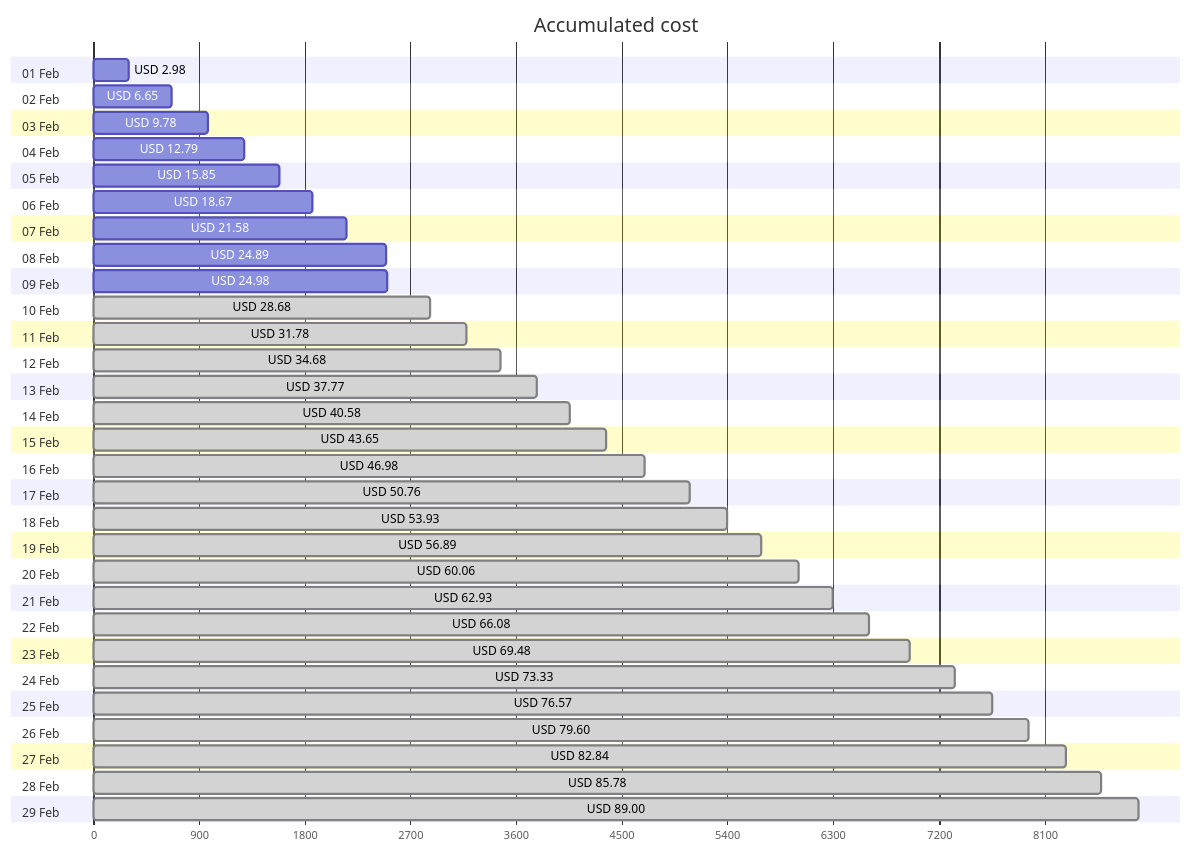
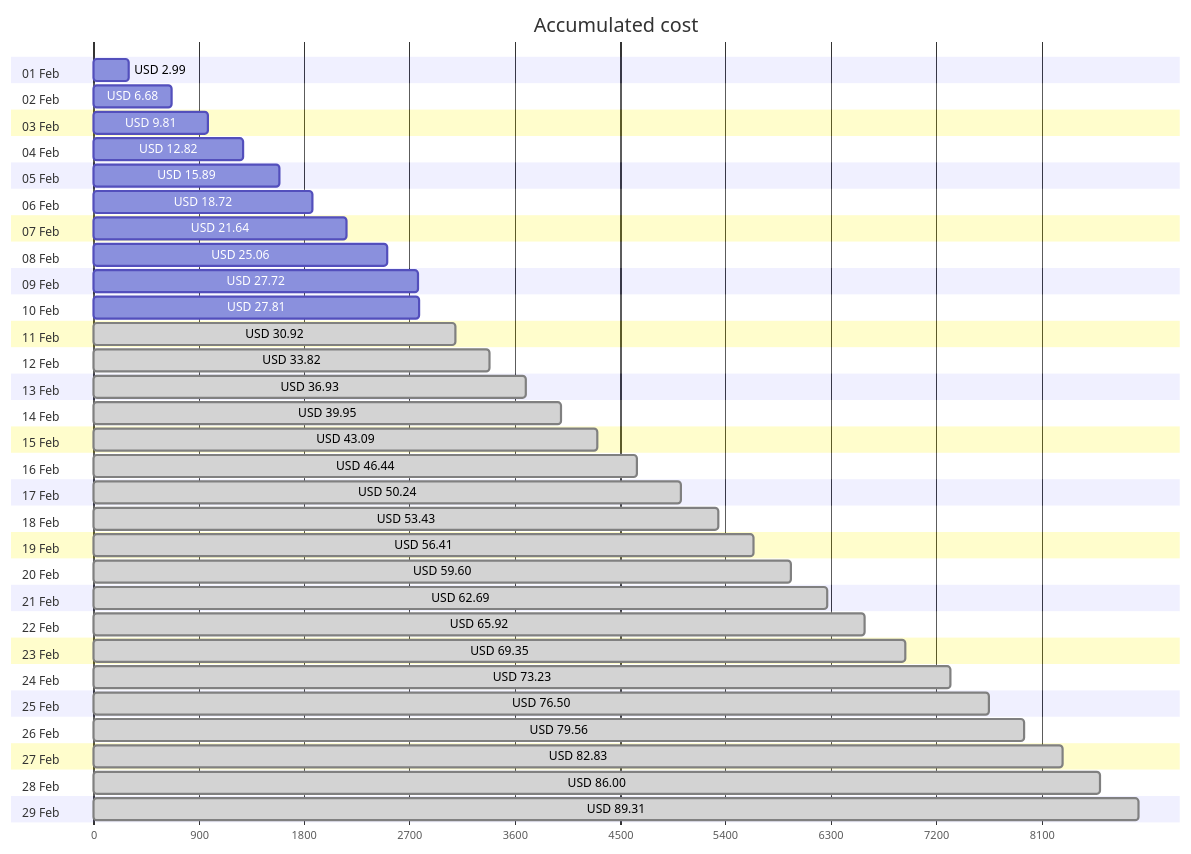
The first of 4 diagrams in cost-reports/accumulated-cost.md (jpfulton/azure-personal-reports), drawn with Mermaid before and after one commit. The commit also changed other lines of this file and 4 other files, not shown here.

````diff
--- a/cost-reports/accumulated-cost.md
+++ b/cost-reports/accumulated-cost.md
@@ -20,64 +20,64 @@
 ```mermaid
 gantt
    title Accumulated cost
    dateFormat  X
    axisFormat %s
    section 01 Feb
-   USD 2.98 :0, 298
+   USD 2.99 :0, 299
    section 02 Feb
-   USD 6.65 :0, 665
+   USD 6.68 :0, 668
    section 03 Feb
-   USD 9.78 :0, 978
+   USD 9.81 :0, 981
    section 04 Feb
-   USD 12.79 :0, 1279
+   USD 12.82 :0, 1282
    section 05 Feb
-   USD 15.85 :0, 1585
+   USD 15.89 :0, 1589
    section 06 Feb
-   USD 18.67 :0, 1867
+   USD 18.72 :0, 1872
    section 07 Feb
-   USD 21.58 :0, 2158
+   USD 21.64 :0, 2164
    section 08 Feb
-   USD 24.89 :0, 2489
+   USD 25.06 :0, 2506
    section 09 Feb
-   USD 24.98 :0, 2498
+   USD 27.72 :0, 2772
    section 10 Feb
-   USD 28.68 : done, 0, 2868
+   USD 27.81 :0, 2781
    section 11 Feb
-   USD 31.78 : done, 0, 3178
+   USD 30.92 : done, 0, 3092
    section 12 Feb
-   USD 34.68 : done, 0, 3468
+   USD 33.82 : done, 0, 3382
    section 13 Feb
-   USD 37.77 : done, 0, 3777
+   USD 36.93 : done, 0, 3693
    section 14 Feb
-   USD 40.58 : done, 0, 4058
+   USD 39.95 : done, 0, 3995
    section 15 Feb
-   USD 43.65 : done, 0, 4365
+   USD 43.09 : done, 0, 4309
    section 16 Feb
-   USD 46.98 : done, 0, 4698
+   USD 46.44 : done, 0, 4644
    section 17 Feb
-   USD 50.76 : done, 0, 5076
+   USD 50.24 : done, 0, 5024
    section 18 Feb
-   USD 53.93 : done, 0, 5393
+   USD 53.43 : done, 0, 5343
    section 19 Feb
-   USD 56.89 : done, 0, 5689
+   USD 56.41 : done, 0, 5641
    section 20 Feb
-   USD 60.06 : done, 0, 6006
+   USD 59.60 : done, 0, 5960
    section 21 Feb
-   USD 62.93 : done, 0, 6293
+   USD 62.69 : done, 0, 6269
    section 22 Feb
-   USD 66.08 : done, 0, 6608
+   USD 65.92 : done, 0, 6592
    section 23 Feb
-   USD 69.48 : done, 0, 6948
+   USD 69.35 : done, 0, 6935
    section 24 Feb
-   USD 73.33 : done, 0, 7333
+   USD 73.23 : done, 0, 7323
    section 25 Feb
-   USD 76.57 : done, 0, 7657
+   USD 76.50 : done, 0, 7650
    section 26 Feb
-   USD 79.60 : done, 0, 7960
+   USD 79.56 : done, 0, 7956
    section 27 Feb
-   USD 82.84 : done, 0, 8284
+   USD 82.83 : done, 0, 8283
    section 28 Feb
-   USD 85.78 : done, 0, 8578
+   USD 86.00 : done, 0, 8600
    section 29 Feb
-   USD 89.00 : done, 0, 8900
+   USD 89.31 : done, 0, 8931
 ```
````
